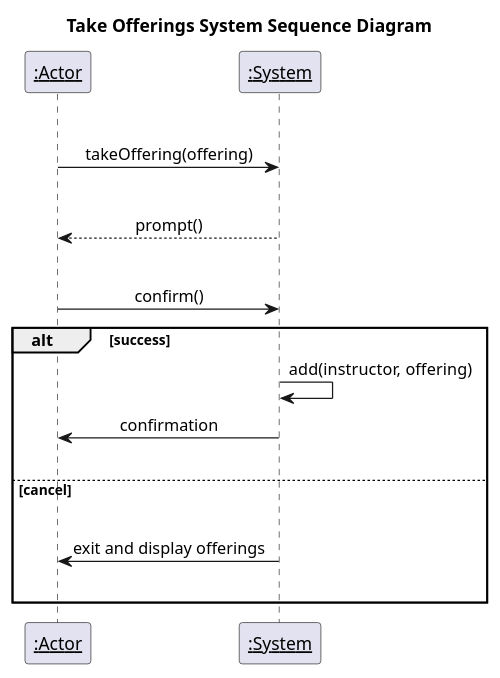
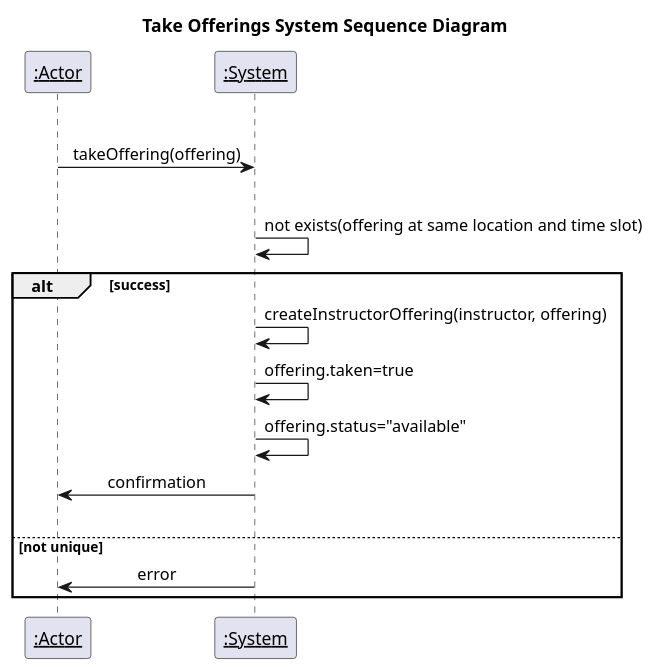
Before and after one commit to PrinceOfNothingg/Lesson-Booking-Management-System: the fourth of 4 diagrams in deliverables/2024-10-18/offering-system-sequence-diagram.md, drawn with PlantUML. The commit also changed other lines of this file and 29 other files, not shown here.

````diff
--- a/deliverables/2024-10-18/offering-system-sequence-diagram.md
+++ b/deliverables/2024-10-18/offering-system-sequence-diagram.md
@@ -148,27 +128,25 @@
 ``` plantuml
 @startuml
 participant "__:Actor__" as actor
 participant "__:System__" as system
 
 title Take Offerings System Sequence Diagram
 
 skinparam sequenceMessageAlign center
 
 |||
 actor -> system : takeOffering(offering)
 |||
-system --> actor : prompt()
-|||
-actor -> system : confirm()
+system -> system : not exists(offering at same location and time slot)
 
 alt success
-  system -> system : add(instructor, offering)
-  system -> actor : confirmation
+system -> system : createInstructorOffering(instructor, offering)
+system -> system : offering.taken=true
+system -> system : offering.status="available"
+system -> actor : confirmation
 |||
-else cancel
-|||
-  system -> actor : exit and display offerings
-|||
+else not unique
+system -> actor : error
 end
 @enduml
 ```
````
